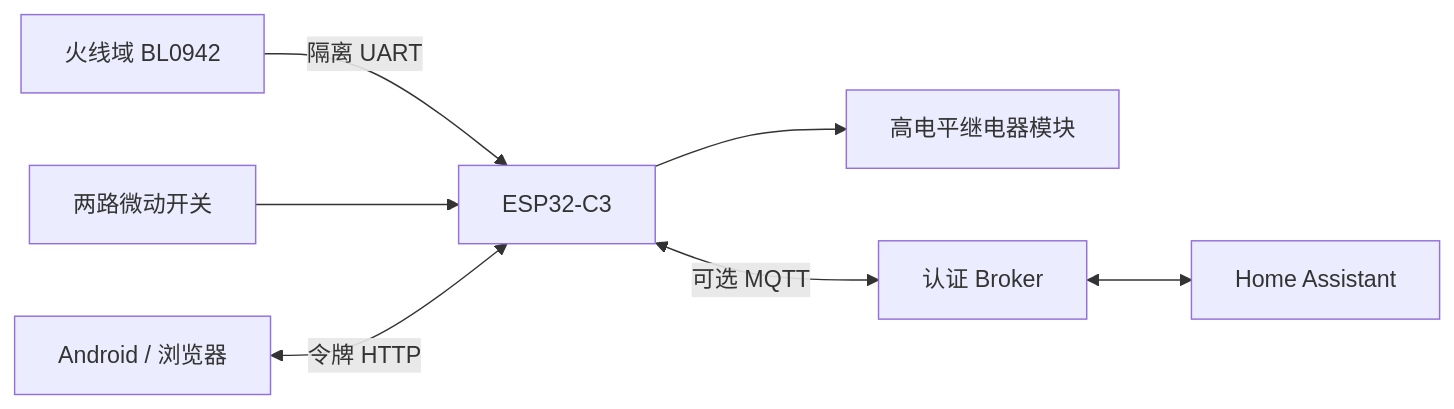
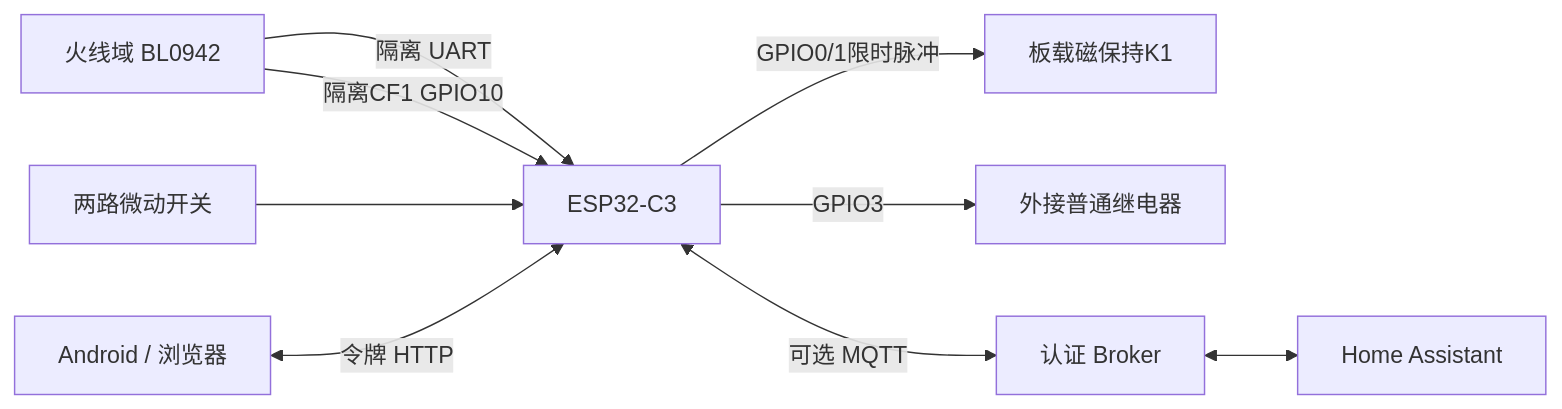
The diagram in docs/ARCHITECTURE.md (topsai/metering-socket), drawn with Mermaid before and after one commit. The commit also changed other lines of this file and 51 other files, not shown here.

Commit message:
Synchronize dual relay firmware and Android app; publish schematics without PCB

````diff
--- a/docs/ARCHITECTURE.md
+++ b/docs/ARCHITECTURE.md
@@ -7,9 +7,11 @@
 ```mermaid
 flowchart LR
   BL[火线域 BL0942] -->|隔离 UART| ESP[ESP32-C3]
   IN[两路微动开关] --> ESP
-  ESP --> RELAY[高电平继电器模块]
+  ESP -->|GPIO0/1限时脉冲| K1[板载磁保持K1]
+  ESP -->|GPIO3| RELAY[外接普通继电器]
+  BL -->|隔离CF1 GPIO10| ESP
   PHONE[Android / 浏览器] <-->|令牌 HTTP| ESP
   ESP <-->|可选 MQTT| BROKER[认证 Broker]
   BROKER <--> HA[Home Assistant]
 ```
````
